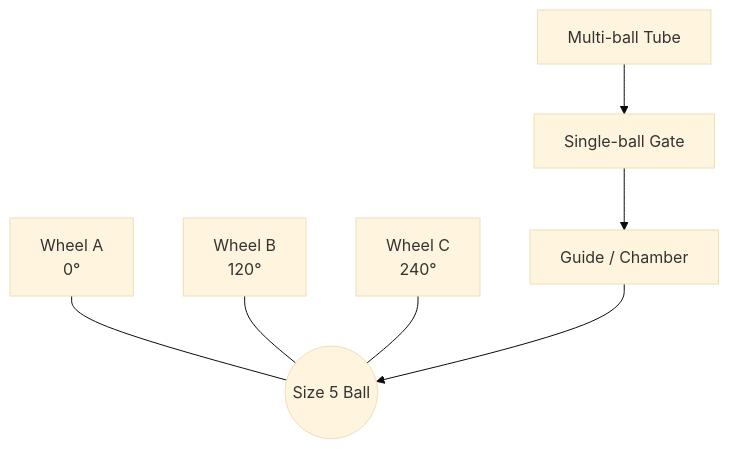
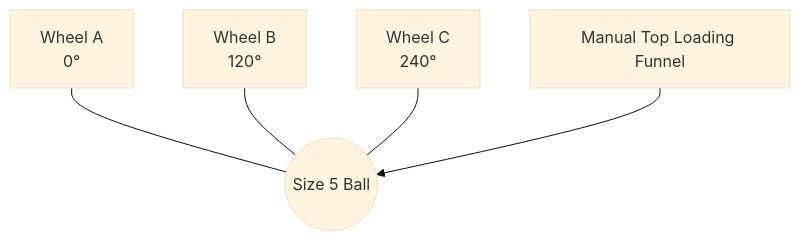
The second of 2 diagrams in docs/CONNECTION_DIAGRAM.md (haoside/simplefoc-football-launcher), drawn with Mermaid (base theme) before and after one commit. The commit also changed other lines of this file and 5 other files, not shown here.

Commit message:
Update docs for B-G431B-ESC1 x3 architecture

````diff
--- a/docs/CONNECTION_DIAGRAM.md
+++ b/docs/CONNECTION_DIAGRAM.md
@@ -46,15 +41,13 @@
 ```mermaid
 flowchart TB
     BALL((Size 5 Ball))
     WA[Wheel A\n0°]
     WB[Wheel B\n120°]
     WC[Wheel C\n240°]
 
     WA --- BALL
     WB --- BALL
     WC --- BALL
 
-    TUBE[Multi-ball Tube] --> GATE[Single-ball Gate]
-    GATE --> GUIDE[Guide / Chamber]
-    GUIDE --> BALL
+    FUNNEL[Manual Top Loading Funnel] --> BALL
 ```
````
